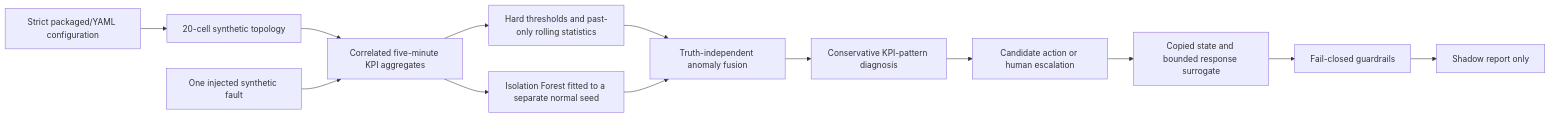
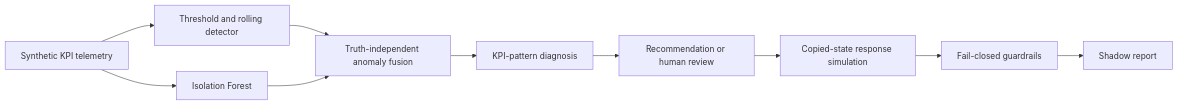
The diagram in README.md (omidrahimirad/ai-ran-digital-twin-assurance), drawn with Mermaid before and after one commit. The commit also changed other lines of this file and 1 other file, not shown here.

````diff
--- a/README.md
+++ b/README.md
@@ -31,15 +61,12 @@
 ```mermaid
 flowchart LR
-    A["Strict packaged/YAML configuration"] --> B["20-cell synthetic topology"]
-    B --> C["Correlated five-minute KPI aggregates"]
-    D["One injected synthetic fault"] --> C
-    C --> E["Hard thresholds and past-only rolling statistics"]
-    C --> F["Isolation Forest fitted to a separate normal seed"]
-    E --> G["Truth-independent anomaly fusion"]
-    F --> G
-    G --> H["Conservative KPI-pattern diagnosis"]
-    H --> I["Candidate action or human escalation"]
-    I --> J["Copied state and bounded response surrogate"]
-    J --> K["Fail-closed guardrails"]
-    K --> L["Shadow report only"]
+    A["Synthetic KPI telemetry"] --> B["Threshold and rolling detector"]
+    A --> C["Isolation Forest"]
+    B --> D["Truth-independent anomaly fusion"]
+    C --> D
+    D --> E["KPI-pattern diagnosis"]
+    E --> F["Recommendation or human review"]
+    F --> G["Copied-state response simulation"]
+    G --> H["Fail-closed guardrails"]
+    H --> I["Shadow report"]
 ```
````
